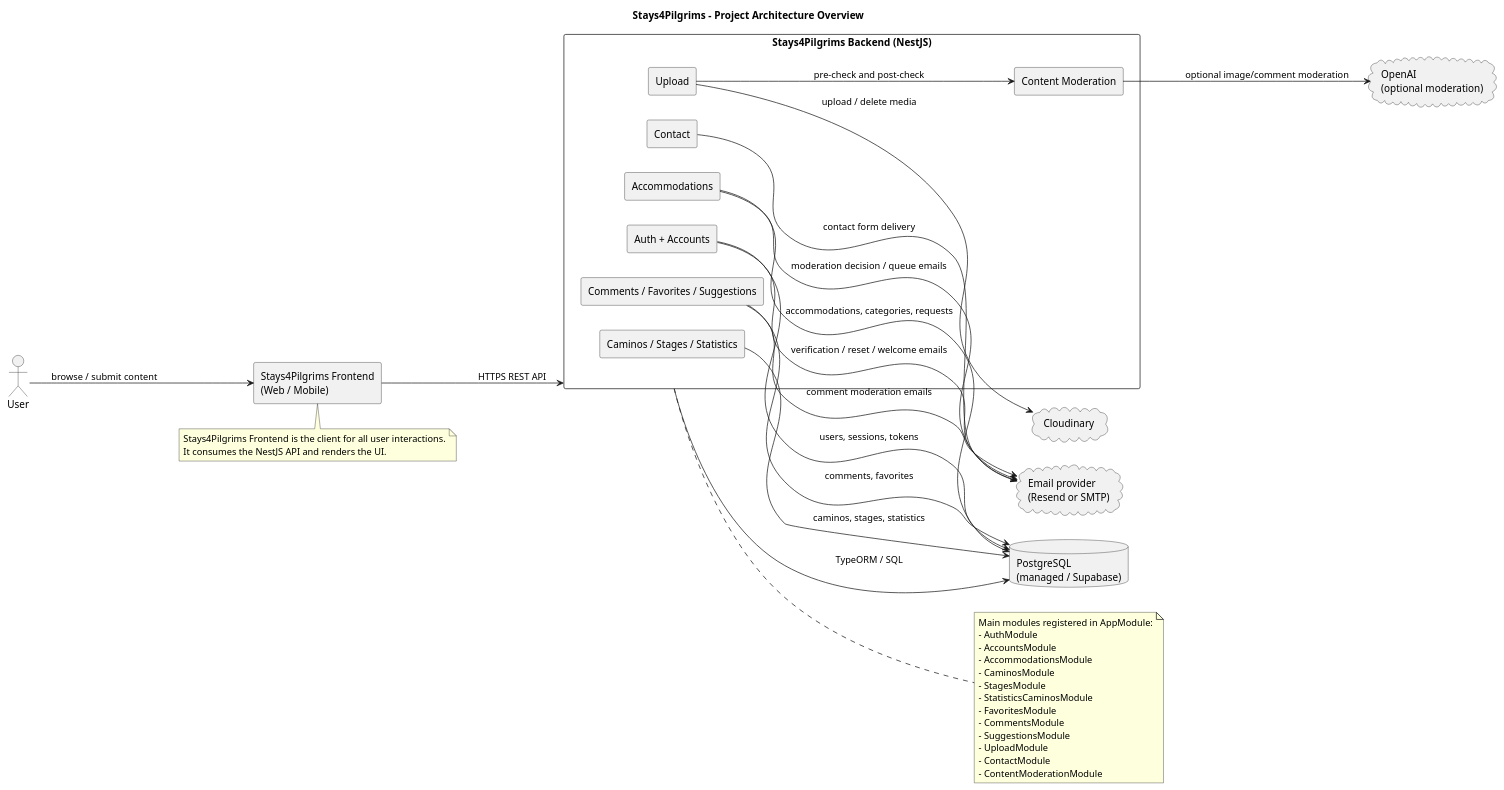
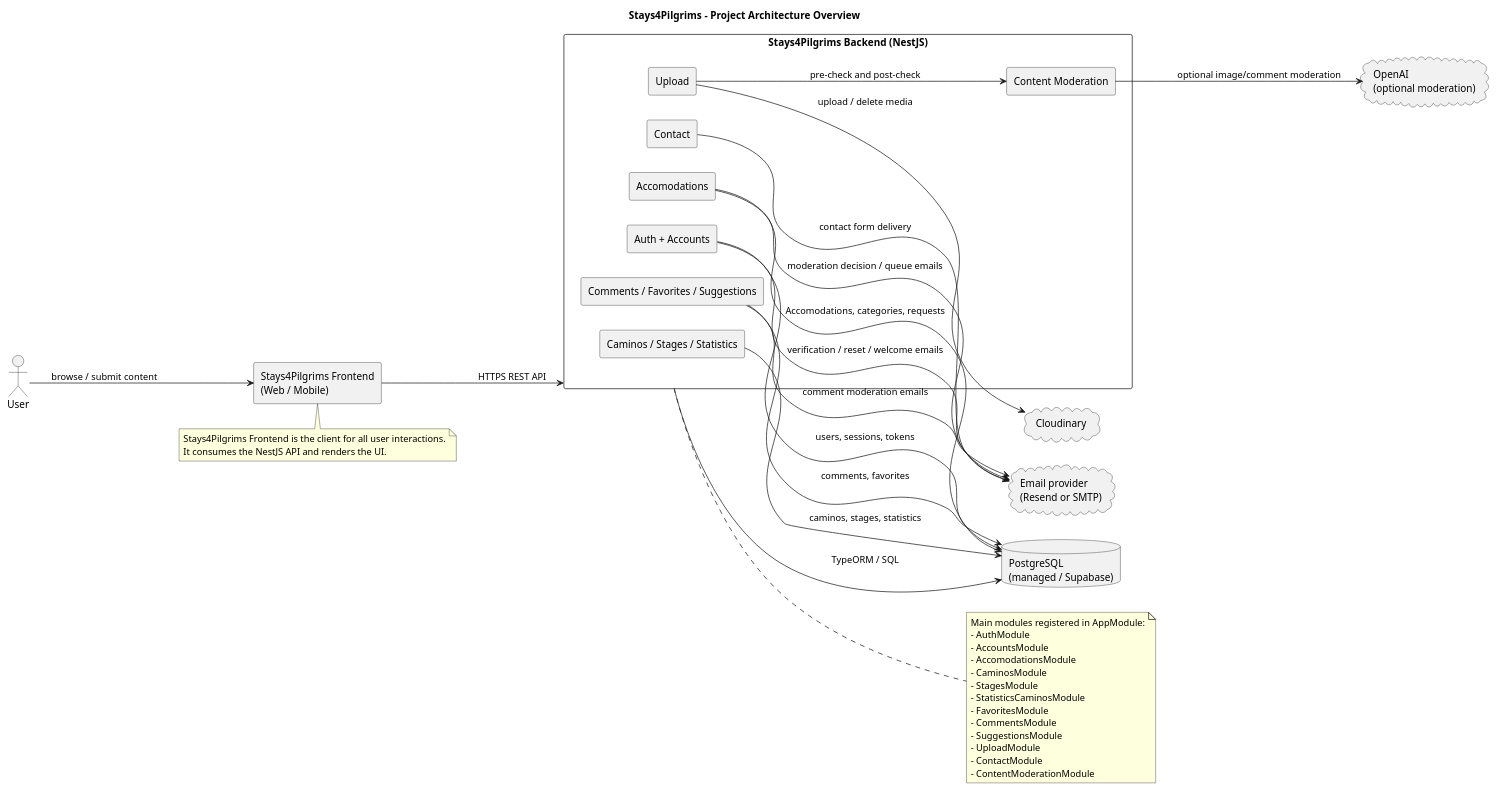
The diagram in docs/diagrams/project-architecture.puml (alegna83/cookbook-be), drawn with PlantUML before and after one commit. The commit also changed 27 other files, not shown here.

Commit message:
docs(diagrams): rename accommodation terms and regenerate diagrams

```diff
--- a/docs/diagrams/project-architecture.puml
+++ b/docs/diagrams/project-architecture.puml
@@ -1,65 +1,65 @@
 @startuml
 title Stays4Pilgrims - Project Architecture Overview
 
 left to right direction
 skinparam componentStyle rectangle
 skinparam shadowing false
 skinparam packageStyle rectangle
 
 actor User
 
 component "Stays4Pilgrims Frontend\n(Web / Mobile)" as FE
 
 package "Stays4Pilgrims Backend (NestJS)" as BE {
   component "Auth + Accounts" as AUTH
-  component "Accommodations" as ACC
+  component "Accomodations" as ACC
   component "Caminos / Stages / Statistics" as ROUTES
   component "Comments / Favorites / Suggestions" as SOCIAL
   component "Upload" as UPLOAD
   component "Contact" as CONTACT
   component "Content Moderation" as MOD
 }
 
 database "PostgreSQL\n(managed / Supabase)" as DB
 cloud "Cloudinary" as CLOUDINARY
 cloud "Email provider\n(Resend or SMTP)" as EMAIL
 cloud "OpenAI\n(optional moderation)" as OPENAI
 
 User --> FE : browse / submit content
 FE --> BE : HTTPS REST API
 
 AUTH --> DB : users, sessions, tokens
-ACC --> DB : accommodations, categories, requests
+ACC --> DB : Accomodations, categories, requests
 ROUTES --> DB : caminos, stages, statistics
 SOCIAL --> DB : comments, favorites
 UPLOAD --> CLOUDINARY : upload / delete media
 UPLOAD --> MOD : pre-check and post-check
 MOD --> OPENAI : optional image/comment moderation
 AUTH --> EMAIL : verification / reset / welcome emails
 ACC --> EMAIL : moderation decision / queue emails
 SOCIAL --> EMAIL : comment moderation emails
 CONTACT --> EMAIL : contact form delivery
 BE --> DB : TypeORM / SQL
 
 note right of BE
   Main modules registered in AppModule:
   - AuthModule
   - AccountsModule
-  - AccommodationsModule
+  - AccomodationsModule
   - CaminosModule
   - StagesModule
   - StatisticsCaminosModule
   - FavoritesModule
   - CommentsModule
   - SuggestionsModule
   - UploadModule
   - ContactModule
   - ContentModerationModule
 end note
 
 note bottom of FE
   Stays4Pilgrims Frontend is the client for all user interactions.
   It consumes the NestJS API and renders the UI.
 end note
 
 @enduml
```
